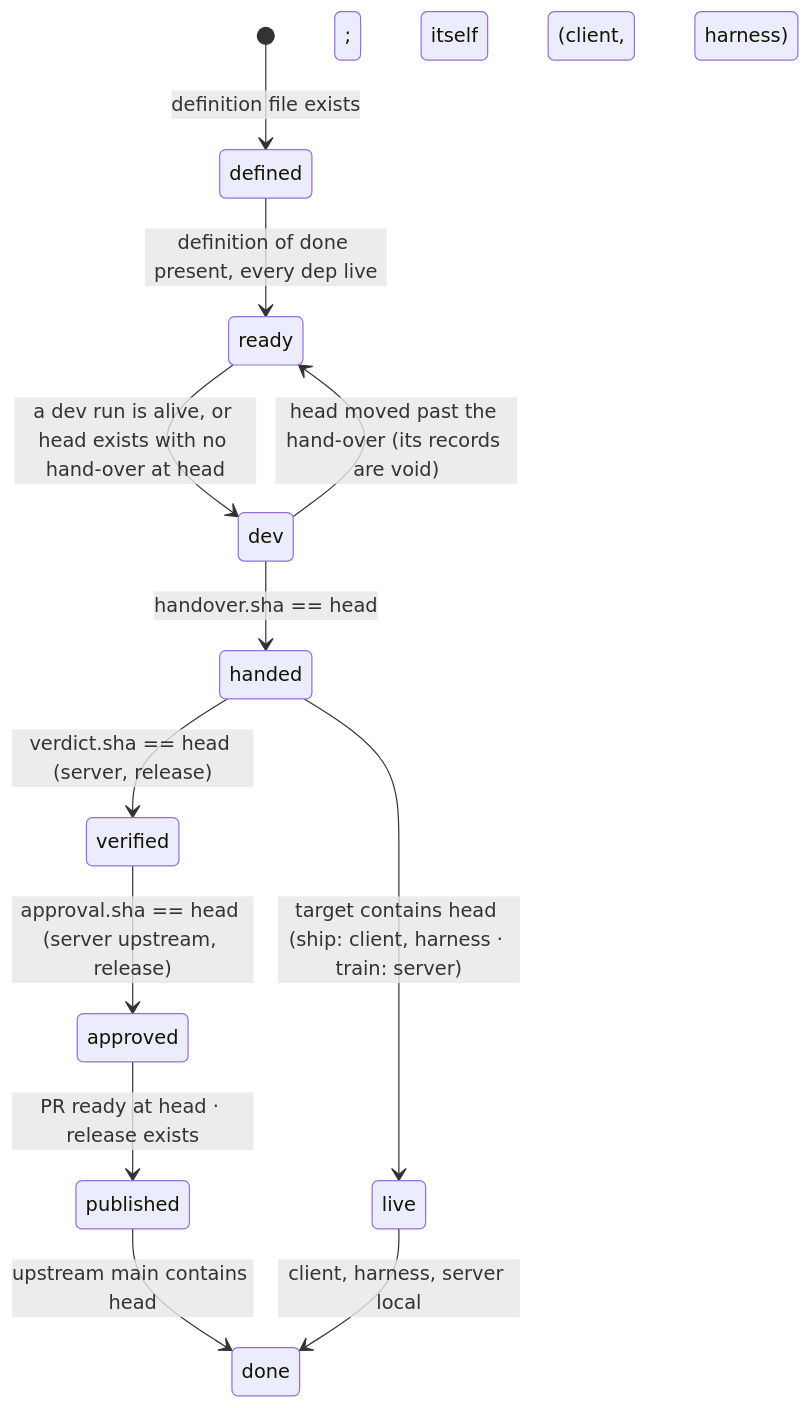
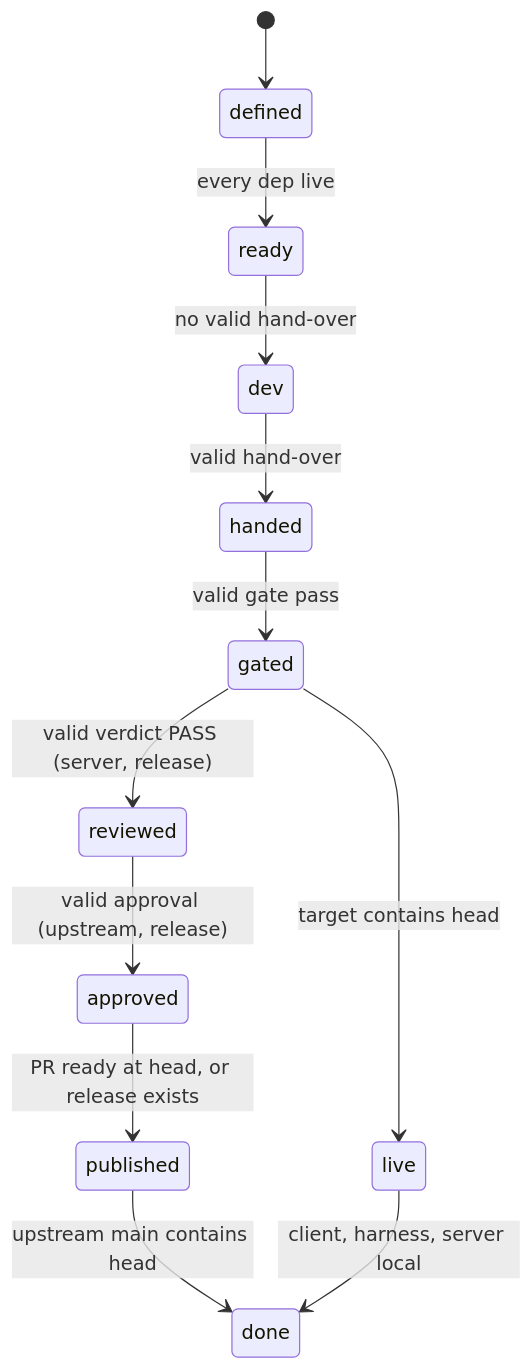
One commit to AlexPerrin/osrs-harness changed the second of 2 diagrams in docs/ARCHITECTURE.md. Above: the diagram before and after it, drawn with Mermaid. The commit also changed other lines of this file, not shown here.

Commit message:
docs: ARCHITECTURE for the six requirements (script gate, agent review, goal lists)

````diff
--- a/docs/ARCHITECTURE.md
+++ b/docs/ARCHITECTURE.md
@@ -118,14 +102,14 @@
 ```mermaid
 stateDiagram-v2
-  [*] --> defined: definition file exists
-  defined --> ready: definition of done present, every dep live
-  ready --> dev: a dev run is alive, or head exists with no hand-over at head
-  dev --> handed: handover.sha == head
-  handed --> verified: verdict.sha == head (server, release); handed itself (client, harness)
-  verified --> approved: approval.sha == head (server upstream, release)
-  approved --> published: PR ready at head · release exists
-  handed --> live: target contains head (ship: client, harness · train: server)
+  [*] --> defined
+  defined --> ready: every dep live
+  ready --> dev: no valid hand-over
+  dev --> handed: valid hand-over
+  handed --> gated: valid gate pass
+  gated --> reviewed: valid verdict PASS (server, release)
+  reviewed --> approved: valid approval (upstream, release)
+  approved --> published: PR ready at head, or release exists
+  gated --> live: target contains head
   published --> done: upstream main contains head
   live --> done: client, harness, server local
-  dev --> ready: head moved past the hand-over (its records are void)
 ```
````
